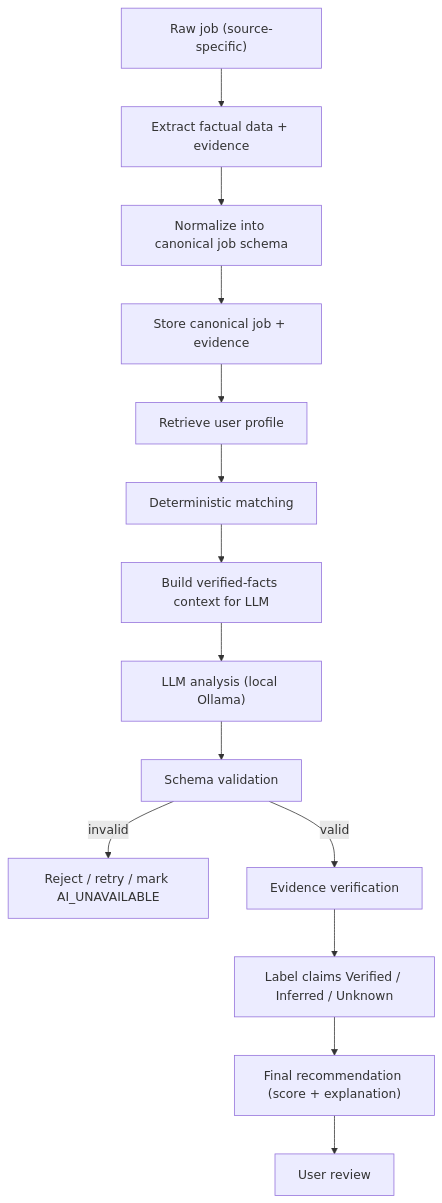
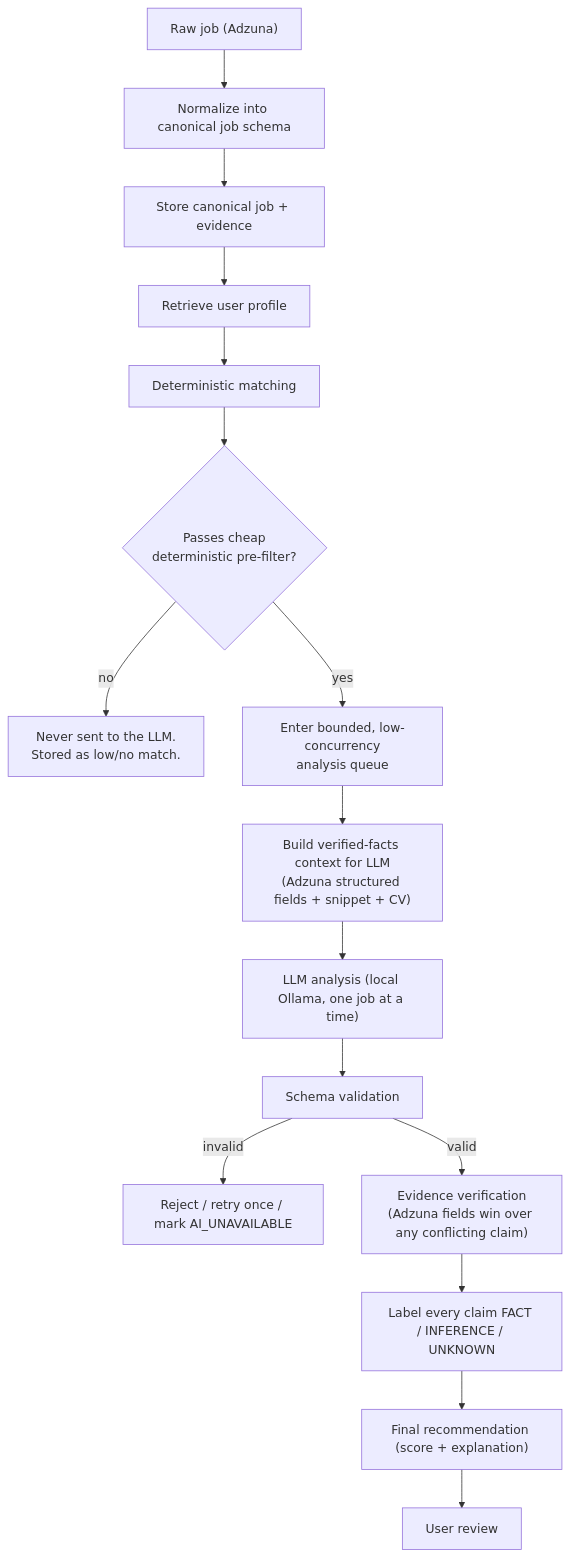
One commit to wassimrahoui/adhd-job-agent changed the first of 4 diagrams in docs/02-ai-and-matching-architecture.md. Above: the diagram before and after it, drawn with Mermaid. The commit also changed other lines of this file and 4 other files, not shown here.

````diff
--- a/docs/02-ai-and-matching-architecture.md
+++ b/docs/02-ai-and-matching-architecture.md
@@ -5,16 +5,18 @@
 ```mermaid
 flowchart TD
-    RAW["Raw job (source-specific)"] --> EXTRACT["Extract factual data + evidence"]
-    EXTRACT --> NORMALIZE["Normalize into canonical job schema"]
+    RAW["Raw job (Adzuna)"] --> NORMALIZE["Normalize into canonical job schema"]
     NORMALIZE --> STORE["Store canonical job + evidence"]
     STORE --> PROFILE["Retrieve user profile"]
     PROFILE --> DETMATCH["Deterministic matching"]
-    DETMATCH --> CONTEXT["Build verified-facts context for LLM"]
-    CONTEXT --> LLM["LLM analysis (local Ollama)"]
+    DETMATCH --> PREFILTER{"Passes cheap\ndeterministic pre-filter?"}
+    PREFILTER -->|no| SKIP["Never sent to the LLM.\nStored as low/no match."]
+    PREFILTER -->|yes| QUEUE["Enter bounded, low-concurrency\nanalysis queue"]
+    QUEUE --> CONTEXT["Build verified-facts context for LLM\n(Adzuna structured fields + snippet + CV)"]
+    CONTEXT --> LLM["LLM analysis (local Ollama, one job at a time)"]
     LLM --> SCHEMA["Schema validation"]
-    SCHEMA -->|invalid| REJECT["Reject / retry / mark AI_UNAVAILABLE"]
-    SCHEMA -->|valid| VERIFY["Evidence verification"]
-    VERIFY --> LABEL["Label claims Verified / Inferred / Unknown"]
+    SCHEMA -->|invalid| REJECT["Reject / retry once / mark AI_UNAVAILABLE"]
+    SCHEMA -->|valid| VERIFY["Evidence verification\n(Adzuna fields win over any conflicting claim)"]
+    VERIFY --> LABEL["Label every claim FACT / INFERENCE / UNKNOWN"]
     LABEL --> FINAL["Final recommendation (score + explanation)"]
     FINAL --> REVIEW["User review"]
 ```
````
